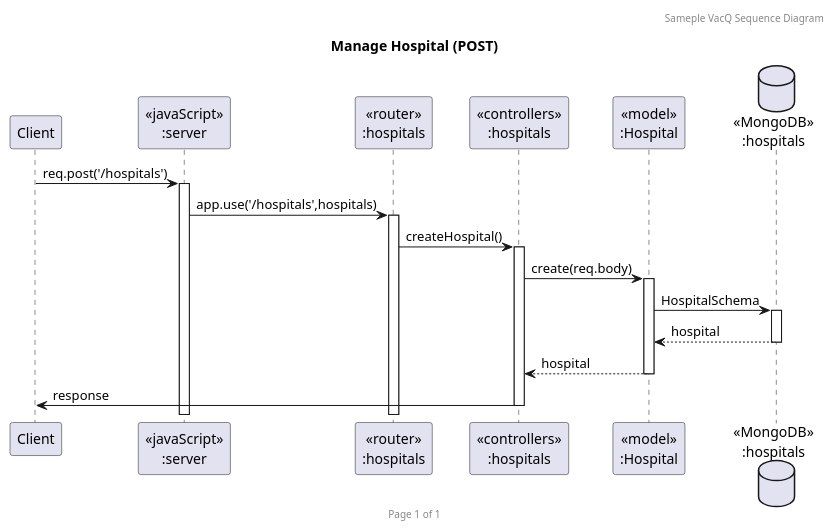
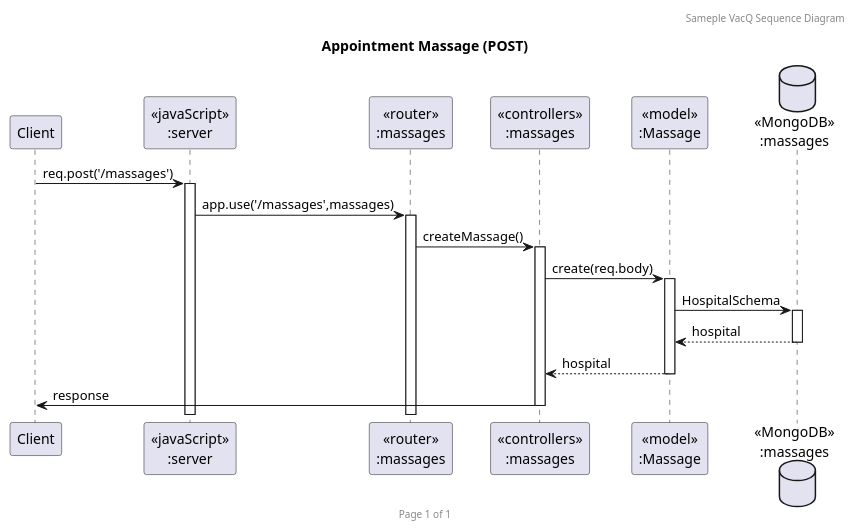
One commit to 2110503TACEDT66/presentation-day-1-samsaomidnight changed the diagram in PlantUml/post.puml. Above: the diagram before and after it, drawn with PlantUML. The commit also changed 4 other files, not shown here.

Commit message:
Appointment UML done

```diff
--- a/PlantUml/post.puml
+++ b/PlantUml/post.puml
@@ -1,23 +1,23 @@
-@startuml Manage Hospital (POST)
+@startuml Appointment Massage (POST)
 
 header Sameple VacQ Sequence Diagram
 footer Page %page% of %lastpage%
-title "Manage Hospital (POST)"
+title "Appointment Massage (POST)"
 
 participant "Client" as client
 participant "<<javaScript>>\n:server" as server
-participant "<<router>>\n:hospitals" as routerHospitals
-participant "<<controllers>>\n:hospitals" as controllersHospitals
-participant "<<model>>\n:Hospital" as modelHospital
-database "<<MongoDB>>\n:hospitals" as HospitalsDatabase
+participant "<<router>>\n:massages" as routerMassages
+participant "<<controllers>>\n:massages" as controllersMassages
+participant "<<model>>\n:Massage" as modelMassage
+database "<<MongoDB>>\n:massages" as MassagesDatabase
 
-client->server ++:req.post('/hospitals')
-server->routerHospitals ++:app.use('/hospitals',hospitals)
-routerHospitals -> controllersHospitals ++:createHospital()
-controllersHospitals->modelHospital ++:create(req.body)
-modelHospital ->HospitalsDatabase ++: HospitalSchema
-HospitalsDatabase --> modelHospital --: hospital
-controllersHospitals <-- modelHospital --:hospital
-controllersHospitals->client --:response
+client->server ++:req.post('/massages')
+server->routerMassages ++:app.use('/massages',massages)
+routerMassages  -> controllersMassages ++:createMassage()
+controllersMassages-> modelMassage ++:create(req.body)
+modelMassage ->MassagesDatabase++: HospitalSchema
+MassagesDatabase -->  modelMassage--: hospital
+controllersMassages <-- modelMassage --:hospital
+controllersMassages->client --:response
 
 @enduml
```
